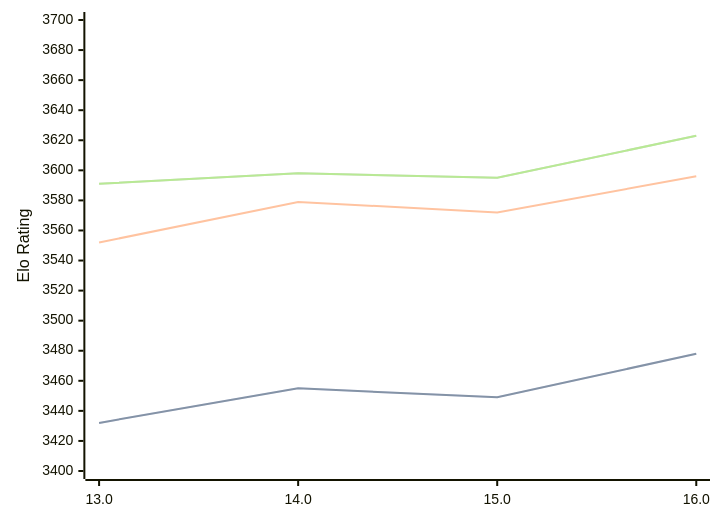
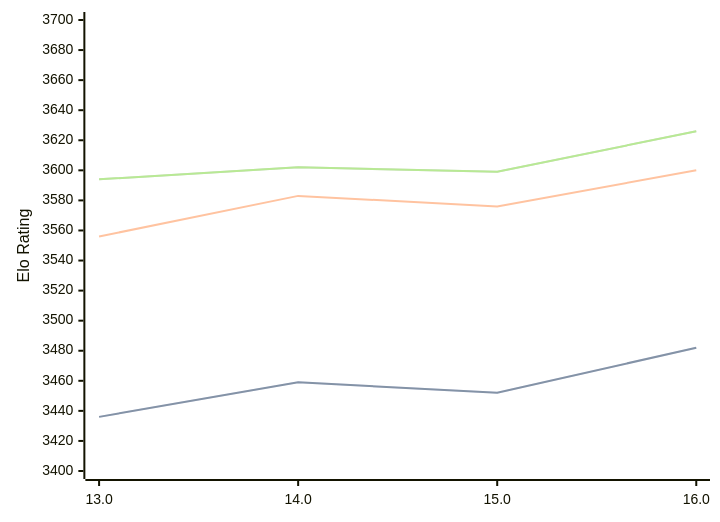
One commit to computer-chess-index/cci changed the diagram in engines/Obsidian.md. Above: the diagram before and after it, drawn with Mermaid. The commit also changed other lines of this file, not shown here.

Commit message:
Update CCI Ratings (ELO VLTC) - 2026-05-02

````diff
--- a/engines/Obsidian.md
+++ b/engines/Obsidian.md
@@ -43,11 +43,11 @@
 ```mermaid
 %%{init: {"theme":"base","themeVariables":{"seriesColors:['#a3a3a3','#222221','#faa371']}}}%%
 xychart-beta
   x-axis ["13.0", "14.0", "15.0", "16.0"]
   y-axis "Elo Rating" 3400 --> 3700
-  line "STC (8.0+0.08s)" [3432, 3455, 3449, 3478]
-  line "STC (8.0+0.08s)" [3432, 3455, 3449, 3478]
-  line "LTC (60.0+0.60s)" [3552, 3579, 3572, 3596]
-  line "VLTC (2m24s+1.12s)" [3591, 3598, 3595, 3623]
-  line "VLTC (2m24s+1.12s)" [3591, 3598, 3595, 3623]
+  line "STC (8.0+0.08s)" [3436, 3459, 3452, 3482]
+  line "STC (8.0+0.08s)" [3436, 3459, 3452, 3482]
+  line "LTC (60.0+0.60s)" [3556, 3583, 3576, 3600]
+  line "VLTC (2m24s+1.12s)" [3594, 3602, 3599, 3626]
+  line "VLTC (2m24s+1.12s)" [3594, 3602, 3599, 3626]
 ```
````
